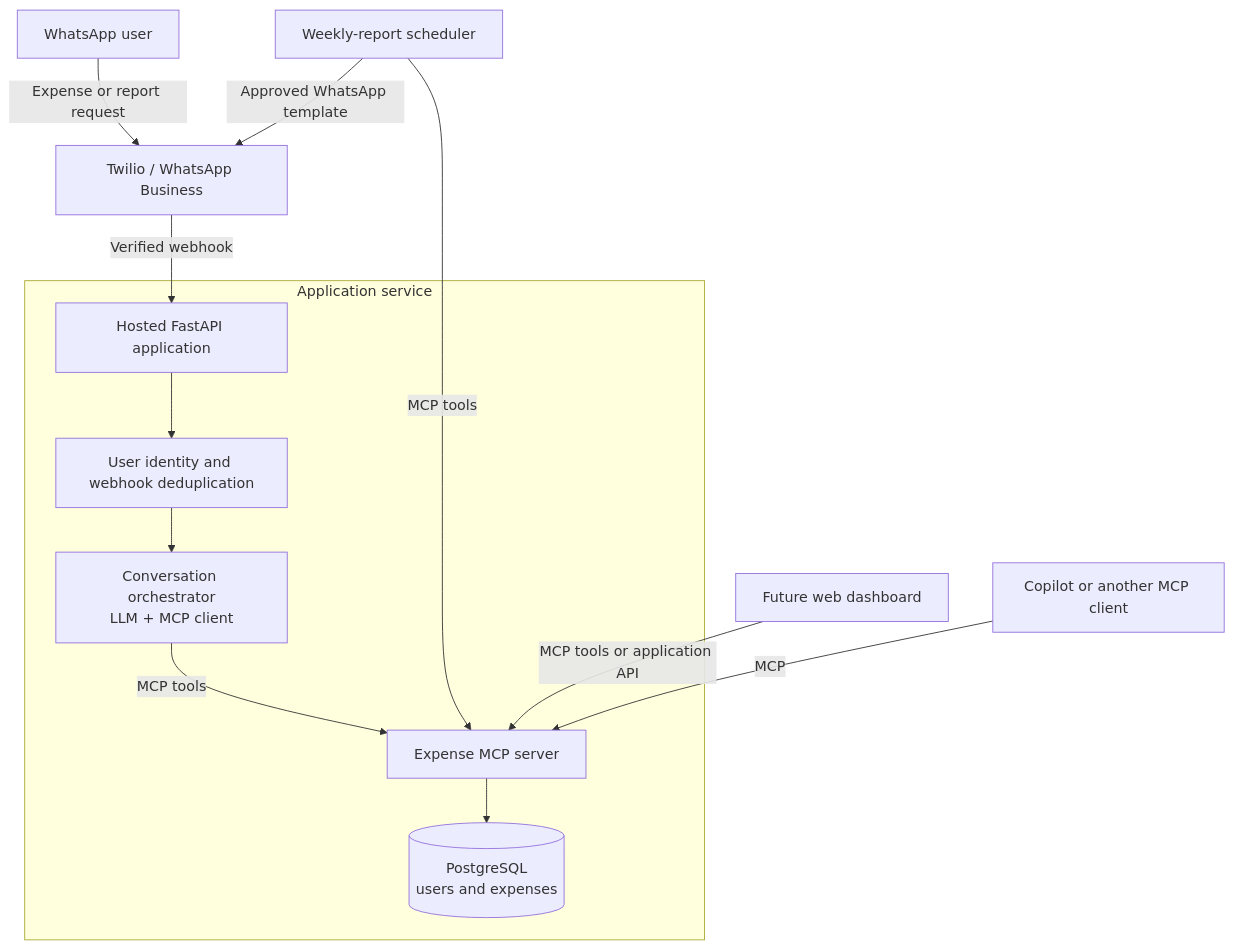
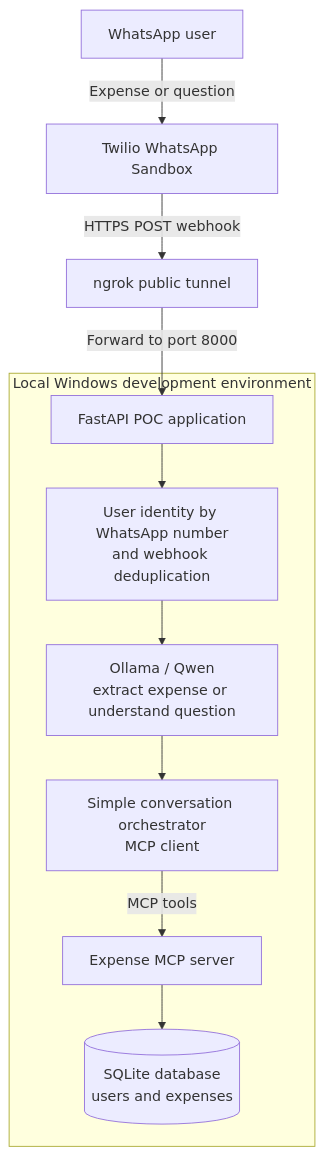
One commit to Abijith97/expense-tracker-with-mcp changed the second of 2 diagrams in README.md. Above: the diagram before and after it, drawn with Mermaid. The commit also changed other lines of this file, not shown here.

Commit message:
Refine POC goal architecture

````diff
--- a/README.md
+++ b/README.md
@@ -41,18 +41,14 @@
 ```mermaid
 flowchart TB
-    User[WhatsApp user] -->|Expense or report request| Twilio[Twilio / WhatsApp Business]
-    Twilio -->|Verified webhook| API[Hosted FastAPI application]
+    User[WhatsApp user] -->|Expense or question| Twilio[Twilio WhatsApp Sandbox]
+    Twilio -->|HTTPS POST webhook| Ngrok[ngrok public tunnel]
+    Ngrok -->|Forward to port 8000| API[FastAPI POC application]
 
-    subgraph Application[Application service]
-        API --> Identity[User identity and webhook deduplication]
-        Identity --> Agent[Conversation orchestrator<br/>LLM + MCP client]
+    subgraph Laptop[Local Windows development environment]
+        API --> Identity[User identity by WhatsApp number<br/>and webhook deduplication]
+        Identity --> LLM[Ollama / Qwen<br/>extract expense or understand question]
+        LLM --> Agent[Simple conversation orchestrator<br/>MCP client]
         Agent -->|MCP tools| MCP[Expense MCP server]
-        MCP --> Database[(PostgreSQL<br/>users and expenses)]
+        MCP --> Database[(SQLite database<br/>users and expenses)]
     end
-
-    Scheduler[Weekly-report scheduler] -->|MCP tools| MCP
-    Scheduler -->|Approved WhatsApp template| Twilio
-
-    Dashboard[Future web dashboard] -->|MCP tools or application API| MCP
-    Client[Copilot or another MCP client] -->|MCP| MCP
 ```
````
